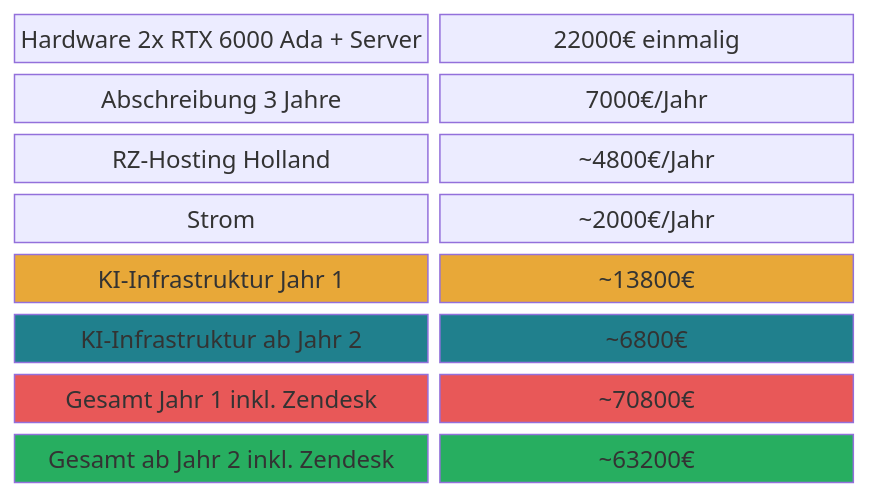
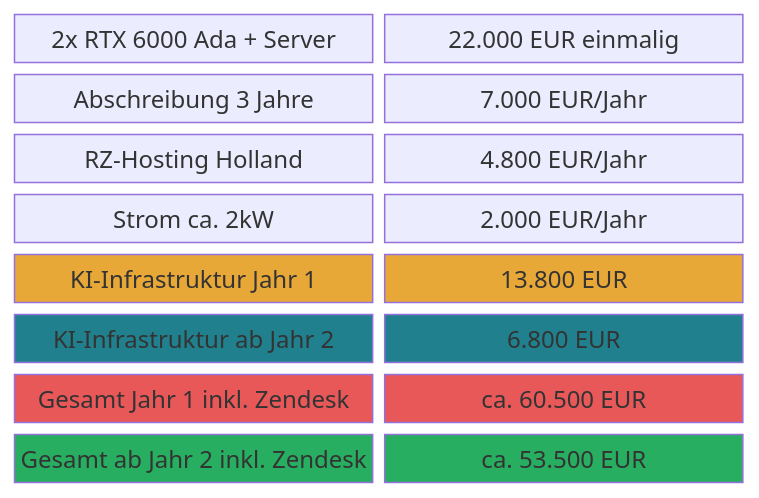
One commit to tekknix/zendesk-ai changed the sixth of 11 diagrams in readme.md. Above: the diagram before and after it, drawn with Mermaid. The commit also changed other lines of this file, not shown here.

````diff
--- a/readme.md
+++ b/readme.md
@@ -117,21 +129,21 @@
 ```mermaid
 block-beta
     columns 2
-    A["Hardware 2x RTX 6000 Ada + Server"]:1 B["22000€ einmalig"]:1
-    C["Abschreibung 3 Jahre"]:1 D["7000€/Jahr"]:1
-    E["RZ-Hosting Holland"]:1 F["~4800€/Jahr"]:1
-    G["Strom"]:1 H["~2000€/Jahr"]:1
-    I["KI-Infrastruktur Jahr 1"]:1 J["~13800€"]:1
-    K["KI-Infrastruktur ab Jahr 2"]:1 L["~6800€"]:1
-    M["Gesamt Jahr 1 inkl. Zendesk"]:1 N["~70800€"]:1
-    O["Gesamt ab Jahr 2 inkl. Zendesk"]:1 P["~63200€"]:1
+    A["2x RTX 6000 Ada + Server"]:1 B["22.000 EUR einmalig"]:1
+    C["Abschreibung 3 Jahre"]:1 D["7.000 EUR/Jahr"]:1
+    E["RZ-Hosting Holland"]:1 F["4.800 EUR/Jahr"]:1
+    G["Strom ca. 2kW"]:1 H["2.000 EUR/Jahr"]:1
+    I["KI-Infrastruktur Jahr 1"]:1 J["13.800 EUR"]:1
+    K["KI-Infrastruktur ab Jahr 2"]:1 L["6.800 EUR"]:1
+    M["Gesamt Jahr 1 inkl. Zendesk"]:1 N["ca. 60.500 EUR"]:1
+    O["Gesamt ab Jahr 2 inkl. Zendesk"]:1 P["ca. 53.500 EUR"]:1
 
     style I fill:#E8A838,color:#333
     style J fill:#E8A838,color:#333
     style K fill:#20808D,color:#fff
     style L fill:#20808D,color:#fff
     style M fill:#E85858,color:#fff
     style N fill:#E85858,color:#fff
     style O fill:#27AE60,color:#fff
     style P fill:#27AE60,color:#fff
 ```
````
